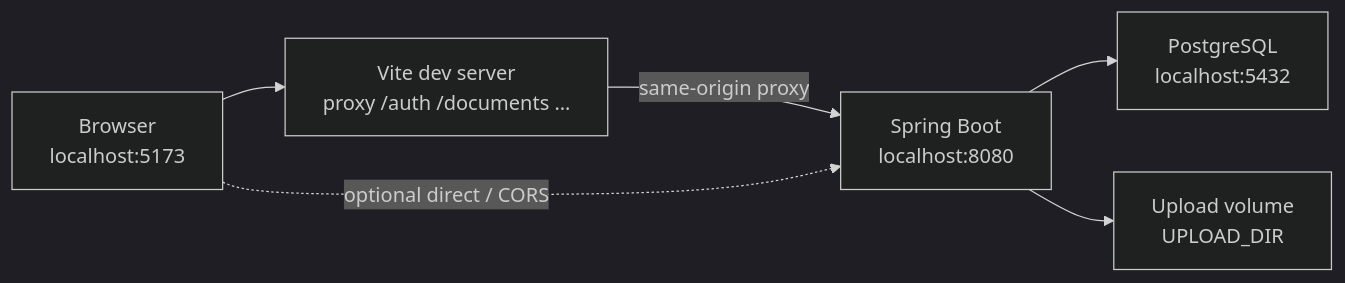
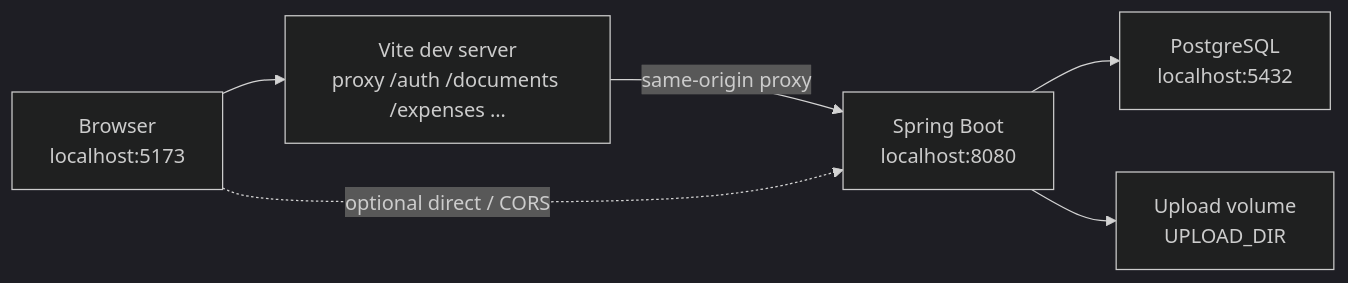
Before and after one commit to 22simeon14/finance_tracker: the second of 7 diagrams in docs/architecture.md, drawn with Mermaid (dark theme). The commit also changed other lines of this file, not shown here.

````diff
--- a/docs/architecture.md
+++ b/docs/architecture.md
@@ -105,14 +105,14 @@
 ```mermaid
 flowchart LR
     Browser["Browser<br/>localhost:5173"]
-    Vite["Vite dev server<br/>proxy /auth /documents …"]
+    Vite["Vite dev server<br/>proxy /auth /documents /expenses …"]
     API["Spring Boot<br/>localhost:8080"]
     PG["PostgreSQL<br/>localhost:5432"]
     Disk["Upload volume<br/>UPLOAD_DIR"]
 
     Browser --> Vite
     Vite -->|"same-origin proxy"| API
     Browser -.->|"optional direct / CORS"| API
     API --> PG
     API --> Disk
 ```
````
